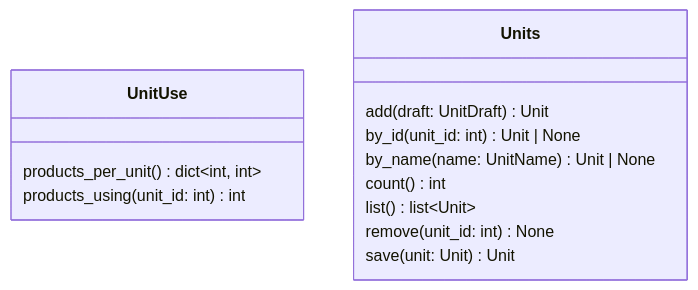
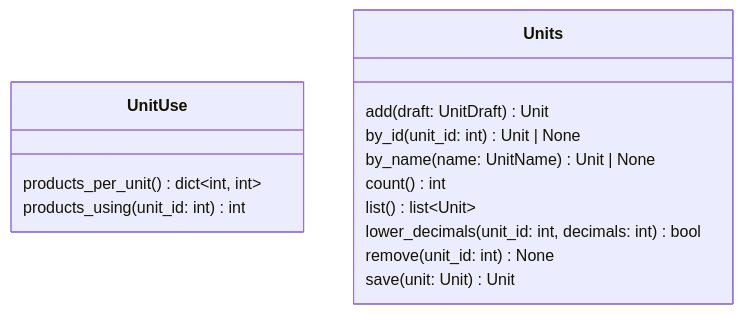
The third of 4 diagrams in docs/architecture/generated/classes/units.md (GonzaloZevallos/apostrophe), drawn with Mermaid before and after one commit. The commit also changed other lines of this file and 4 other files, not shown here.

Commit message:
Regenerate the API and architecture docs for the guarded decimals update

````diff
--- a/docs/architecture/generated/classes/units.md
+++ b/docs/architecture/generated/classes/units.md
@@ -116,16 +116,17 @@
 ```mermaid
 classDiagram
   class UnitUse {
     products_per_unit() dict~int, int~
     products_using(unit_id: int) int
   }
   class Units {
     add(draft: UnitDraft) Unit
     by_id(unit_id: int) Unit #124; None
     by_name(name: UnitName) Unit #124; None
     count() int
     list() list~Unit~
+    lower_decimals(unit_id: int, decimals: int) bool
     remove(unit_id: int) None
     save(unit: Unit) Unit
   }
 ```
````
